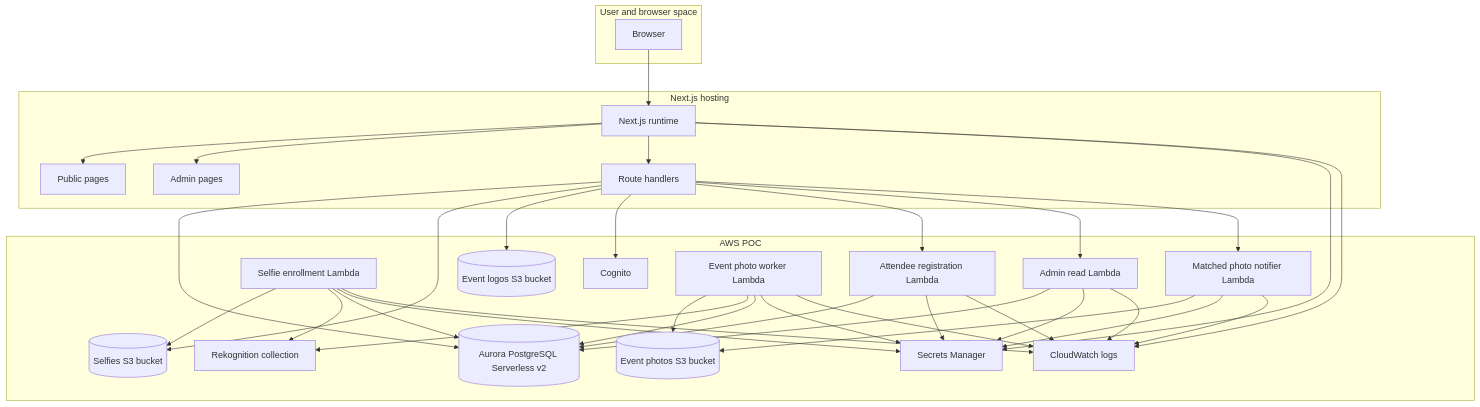
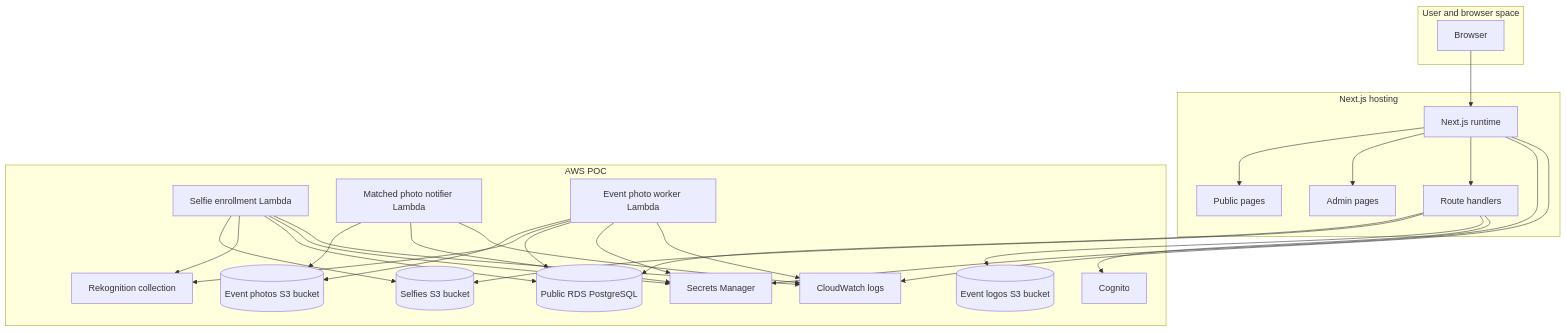
One commit to anyulled/FaceLocator changed the eighth of 8 diagrams in README.md. Above: the diagram before and after it, drawn with Mermaid. The commit also changed other lines of this file and 38 other files, not shown here.

Commit message:
refactor: simplify public RDS runtime boundary

````diff
--- a/README.md
+++ b/README.md
@@ -296,62 +281,51 @@
 ```mermaid
 flowchart TB
   subgraph UserSpace["User and browser space"]
     browser["Browser"]
   end
 
   subgraph Next["Next.js hosting"]
     nextServer["Next.js runtime"]
     apiRoutes["Route handlers"]
     adminPages["Admin pages"]
     publicPages["Public pages"]
   end
 
   subgraph AWS["AWS POC"]
     s3Selfies[(Selfies S3 bucket)]
     s3EventPhotos[(Event photos S3 bucket)]
     s3EventLogos[(Event logos S3 bucket)]
     lambdaSelfie["Selfie enrollment Lambda"]
-    lambdaAttendee["Attendee registration Lambda"]
-    lambdaAdmin["Admin read Lambda"]
     lambdaNotifier["Matched photo notifier Lambda"]
     lambdaPhoto["Event photo worker Lambda"]
     rekognition["Rekognition collection"]
-    rds[(Aurora PostgreSQL Serverless v2)]
+    rds[(Public RDS PostgreSQL)]
     secrets["Secrets Manager"]
     logs["CloudWatch logs"]
     cognito["Cognito"]
   end
 
   browser --> nextServer
   nextServer --> publicPages
   nextServer --> adminPages
   nextServer --> apiRoutes
   apiRoutes --> rds
   apiRoutes --> s3Selfies
   apiRoutes --> s3EventLogos
   apiRoutes --> cognito
-  apiRoutes --> lambdaAttendee
-  apiRoutes --> lambdaAdmin
-  apiRoutes --> lambdaNotifier
   lambdaSelfie --> s3Selfies
   lambdaSelfie --> rekognition
   lambdaSelfie --> rds
-  lambdaAttendee --> rds
-  lambdaAdmin --> rds
   lambdaNotifier --> s3EventPhotos
   lambdaPhoto --> s3EventPhotos
   lambdaPhoto --> rekognition
   lambdaPhoto --> rds
   nextServer --> secrets
-  lambdaAttendee --> secrets
-  lambdaAdmin --> secrets
   lambdaNotifier --> secrets
   lambdaSelfie --> secrets
   lambdaPhoto --> secrets
   nextServer --> logs
-  lambdaAttendee --> logs
-  lambdaAdmin --> logs
   lambdaNotifier --> logs
   lambdaSelfie --> logs
   lambdaPhoto --> logs
 ```
````
